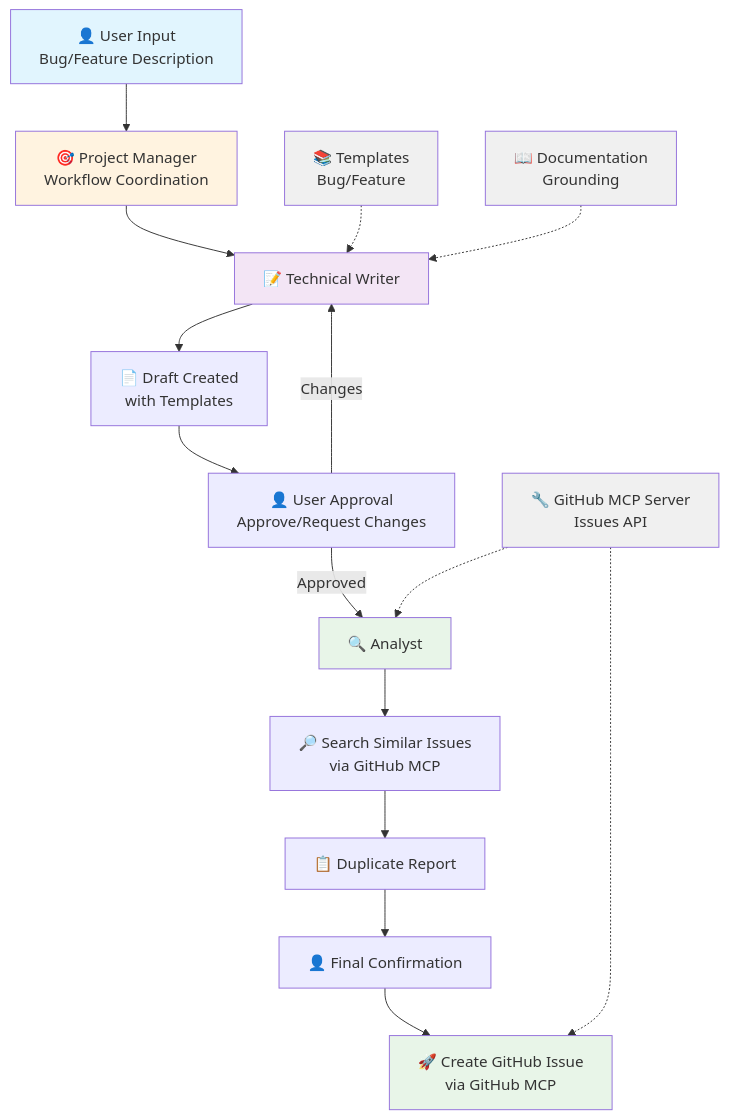
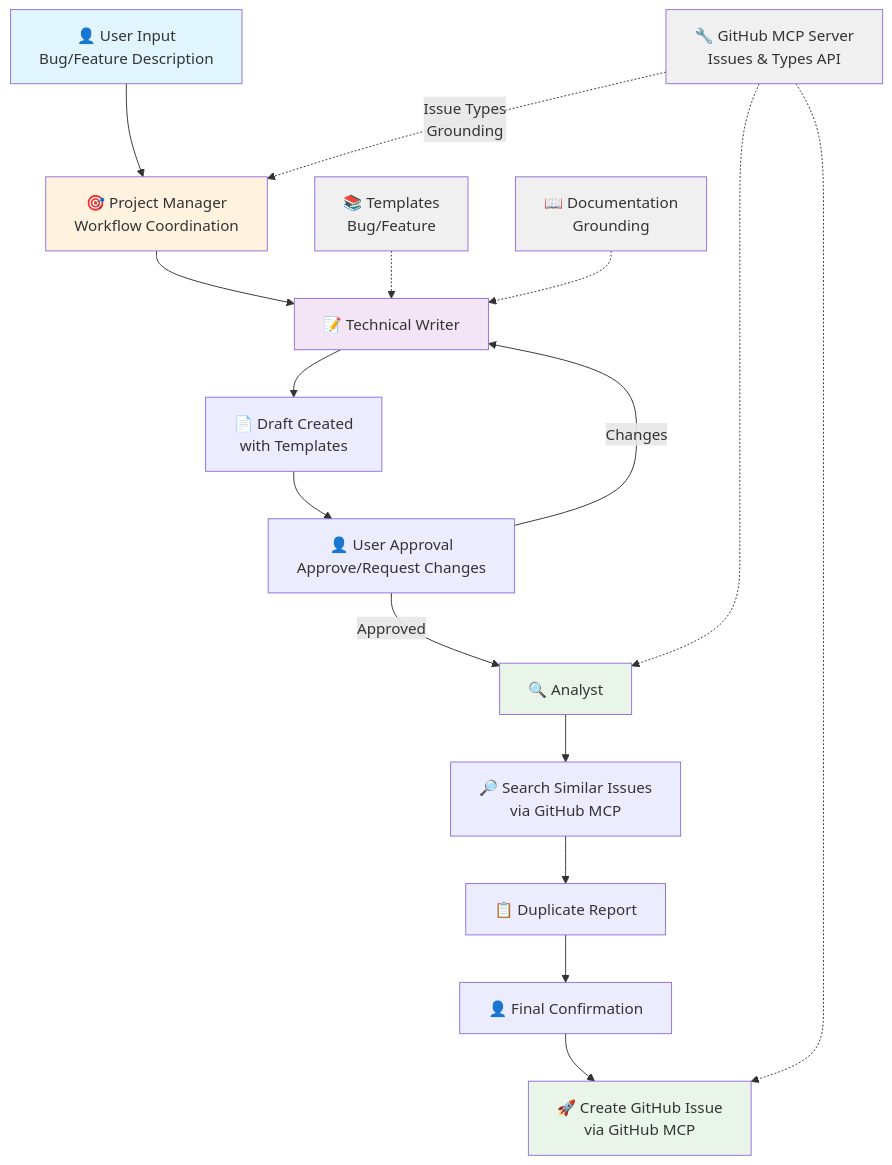
Before and after one commit to i-am-bee/beeai-issue-creator: the diagram in README.md, drawn with Mermaid. The commit also changed other lines of this file and 1 other file, not shown here.

````diff
--- a/README.md
+++ b/README.md
@@ -100,31 +102,32 @@
 ```mermaid
 flowchart TD
     A[👤 User Input<br/>Bug/Feature Description] --> B[🎯 Project Manager<br/>Workflow Coordination]
-    
+
     B --> C[📝 Technical Writer]
     C --> D[📄 Draft Created<br/>with Templates]
     D --> E[👤 User Approval<br/>Approve/Request Changes]
-    
+
     E -->|Changes| C
     E -->|Approved| F[🔍 Analyst]
-    
+
     F --> G[🔎 Search Similar Issues<br/>via GitHub MCP]
     G --> H[📋 Duplicate Report]
     H --> I[👤 Final Confirmation]
-    
+
     I --> J[🚀 Create GitHub Issue<br/>via GitHub MCP]
-    
+
     K[📚 Templates<br/>Bug/Feature] -.-> C
     L[📖 Documentation<br/>Grounding] -.-> C
-    M[🔧 GitHub MCP Server<br/>Issues API] -.-> F
+    M[🔧 GitHub MCP Server<br/>Issues & Types API] -.-> F
     M -.-> J
-    
+    M -.-> |Issue Types<br/>Grounding| B
+
     style A fill:#e1f5fe
     style B fill:#fff3e0
     style C fill:#f3e5f5
     style F fill:#e8f5e8
     style J fill:#e8f5e8
     style K fill:#f0f0f0
     style L fill:#f0f0f0
     style M fill:#f0f0f0
 ```
````
